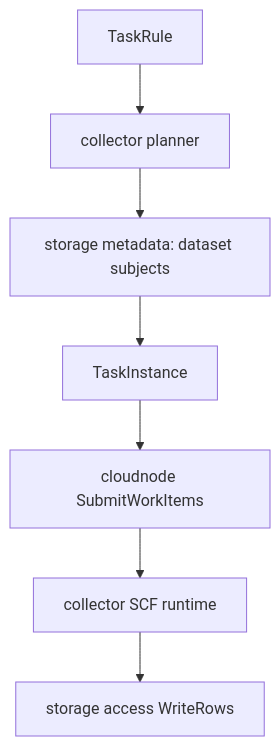
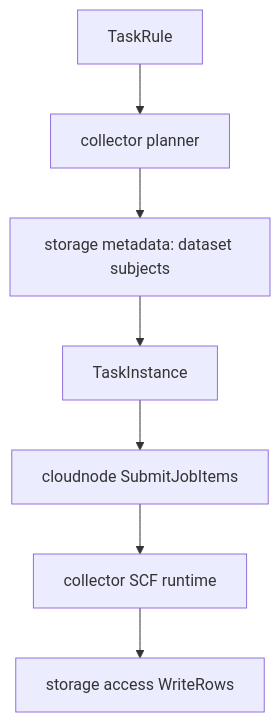
Before and after one commit to mooyang-code/moox: the diagram in docs/采集任务管理.md, drawn with Mermaid. The commit also changed other lines of this file and 122 other files, not shown here.

First line of the commit message:
feat(cloudnode): simplify job item runtime

````diff
--- a/docs/采集任务管理.md
+++ b/docs/采集任务管理.md
@@ -53,9 +53,9 @@
 ```mermaid
 flowchart TD
   Rule["TaskRule"] --> Planner["collector planner"]
   Planner --> Metadata["storage metadata: dataset subjects"]
   Metadata --> Instance["TaskInstance"]
-  Instance --> CloudNode["cloudnode SubmitWorkItems"]
+  Instance --> CloudNode["cloudnode SubmitJobItems"]
   CloudNode --> SCF["collector SCF runtime"]
   SCF --> Storage["storage access WriteRows"]
 ```
````
